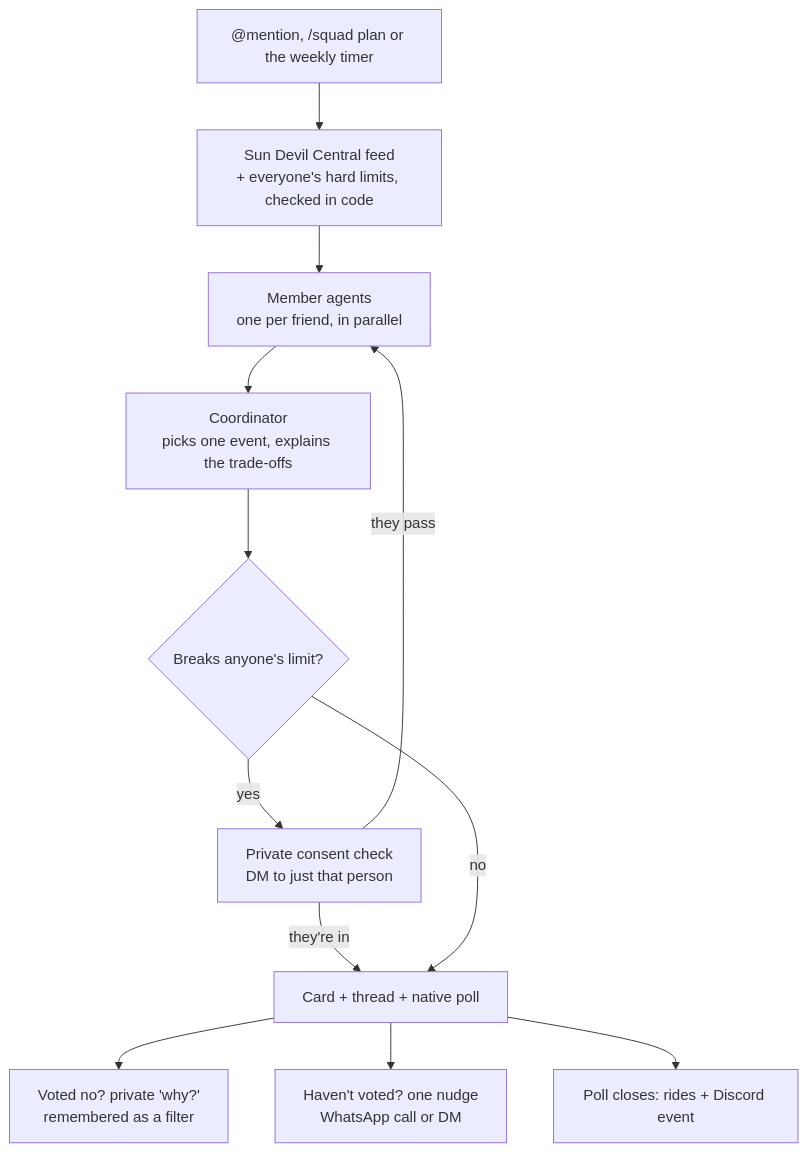
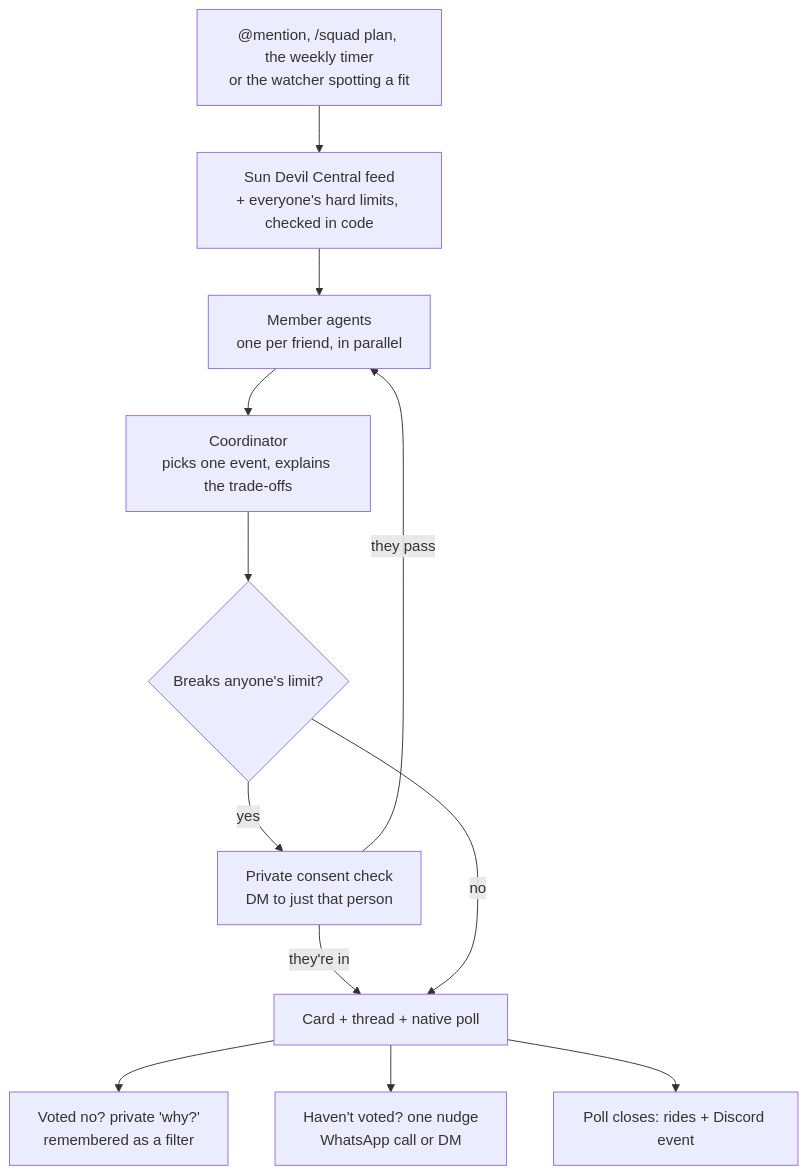
Before and after one commit to ashwanthbalakrishnan5/cubbie-side-quest-squad: the diagram in README.md, drawn with Mermaid. The commit also changed other lines of this file and 6 other files, not shown here.

Commit message:
feat: proactive watcher posts when an event fits the squad

````diff
--- a/README.md
+++ b/README.md
@@ -79,14 +83,14 @@
 ```mermaid
 flowchart TD
-    A["@mention, /squad plan or the weekly timer"] --> B["Sun Devil Central feed<br/>+ everyone's hard limits, checked in code"]
+    A["@mention, /squad plan, the weekly timer<br/>or the watcher spotting a fit"] --> B["Sun Devil Central feed<br/>+ everyone's hard limits, checked in code"]
     B --> C["Member agents<br/>one per friend, in parallel"]
     C --> D["Coordinator<br/>picks one event, explains the trade-offs"]
     D --> E{"Breaks anyone's limit?"}
     E -- "yes" --> F["Private consent check<br/>DM to just that person"]
     F -- "they pass" --> C
     F -- "they're in" --> G
     E -- "no" --> G["Card + thread + native poll"]
     G --> H["Voted no? private 'why?'<br/>remembered as a filter"]
     G --> I["Haven't voted? one nudge<br/>WhatsApp call or DM"]
     G --> J["Poll closes: rides + Discord event"]
 ```
````
